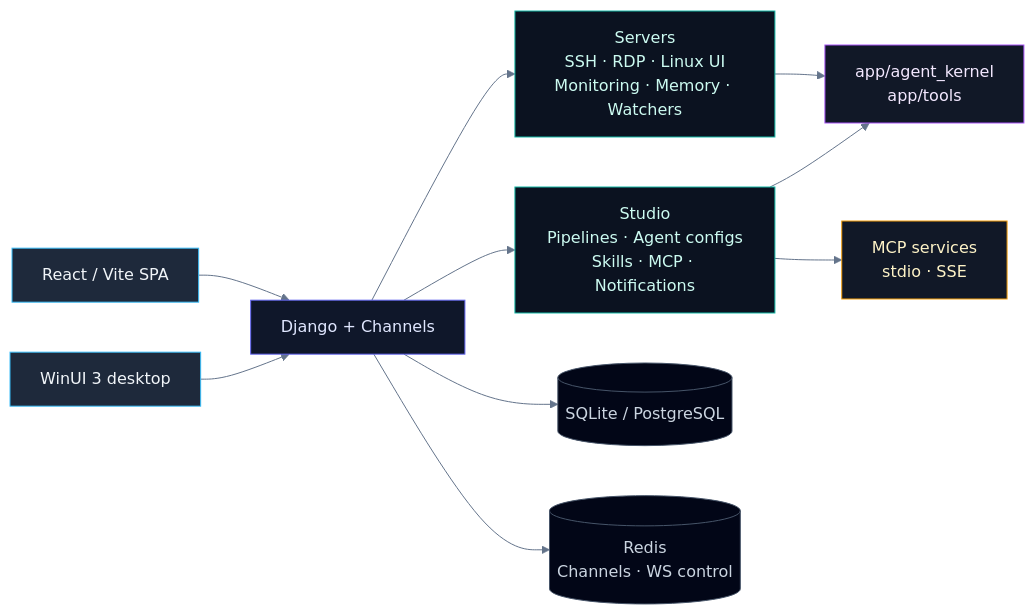
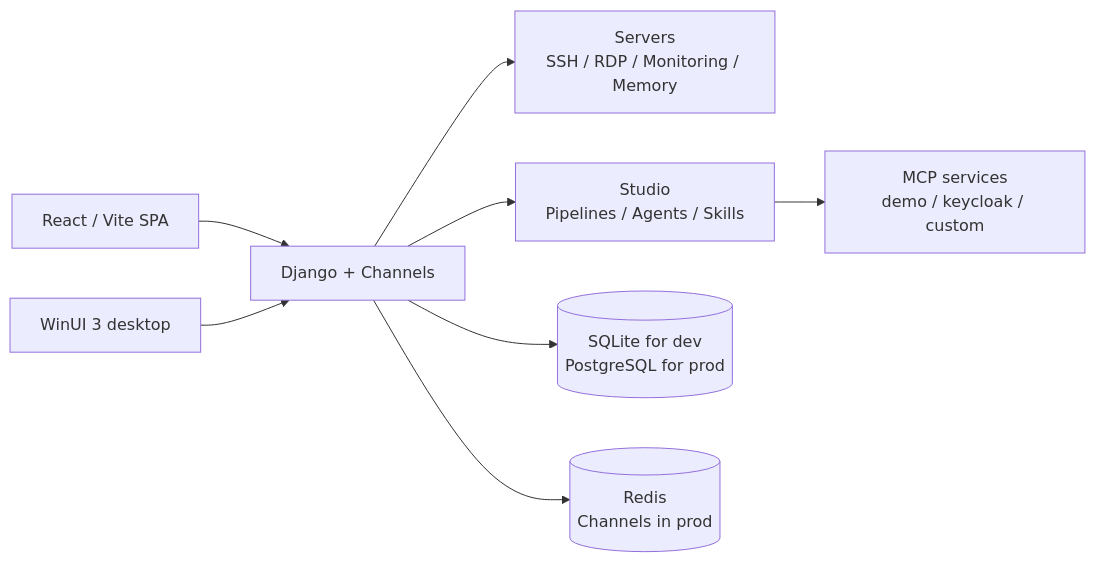
The diagram in README.md (LLprod39/WebTerm), drawn with Mermaid before and after one commit. The commit also changed other lines of this file, not shown here.

````diff
--- a/README.md
+++ b/README.md
@@ -217,24 +62,10 @@
 ```mermaid
-%%{init: {"theme":"base", "themeVariables":{
-  "primaryColor":"#0EA5E9", "primaryBorderColor":"#38BDF8", "primaryTextColor":"#0B1121",
-  "lineColor":"#64748B", "secondaryColor":"#14B8A6", "tertiaryColor":"#A855F7",
-  "fontFamily":"Inter, Segoe UI, Arial"
-}}}%%
 flowchart LR
-    UI["React / Vite SPA"]:::front --> API["Django + Channels"]:::api
-    Desktop["WinUI 3 desktop"]:::front --> API
-    API --> Servers["Servers<br/>SSH · RDP · Linux UI<br/>Monitoring · Memory · Watchers"]:::ctx
-    API --> Studio["Studio<br/>Pipelines · Agent configs<br/>Skills · MCP · Notifications"]:::ctx
-    Servers --> Kernel["app/agent_kernel<br/>app/tools"]:::kernel
-    Studio --> Kernel
-    Studio --> MCP["MCP services<br/>stdio · SSE"]:::mcp
-    API --> DB[("SQLite / PostgreSQL")]:::store
-    API --> Redis[("Redis<br/>Channels · WS control")]:::store
-
-    classDef front fill:#1E293B,stroke:#38BDF8,color:#F1F5F9;
-    classDef api fill:#0F172A,stroke:#6366F1,color:#E0E7FF;
-    classDef ctx fill:#0B1220,stroke:#14B8A6,color:#CCFBF1;
-    classDef kernel fill:#111827,stroke:#A855F7,color:#F3E8FF;
-    classDef mcp fill:#111827,stroke:#F59E0B,color:#FEF3C7;
-    classDef store fill:#020617,stroke:#475569,color:#CBD5E1;
+    UI["React / Vite SPA"] --> API["Django + Channels"]
+    Desktop["WinUI 3 desktop"] --> API
+    API --> Servers["Servers<br/>SSH / RDP / Monitoring / Memory"]
+    API --> Studio["Studio<br/>Pipelines / Agents / Skills"]
+    Studio --> MCP["MCP services<br/>demo / keycloak / custom"]
+    API --> DB[("SQLite for dev<br/>PostgreSQL for prod")]
+    API --> Redis[("Redis<br/>Channels in prod")]
 ```
````
